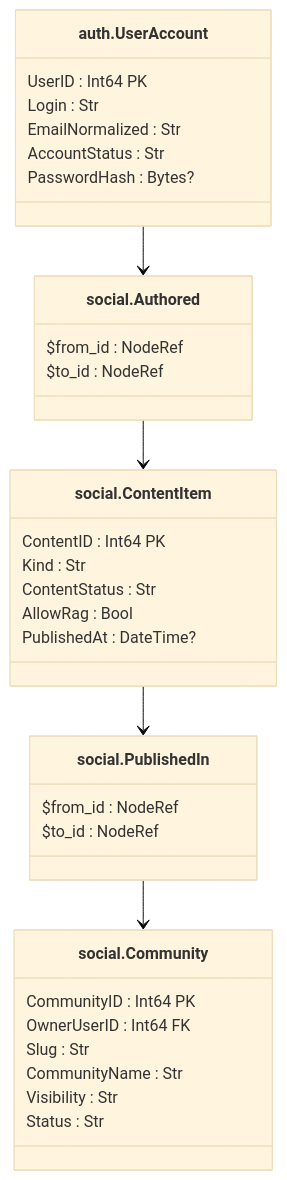
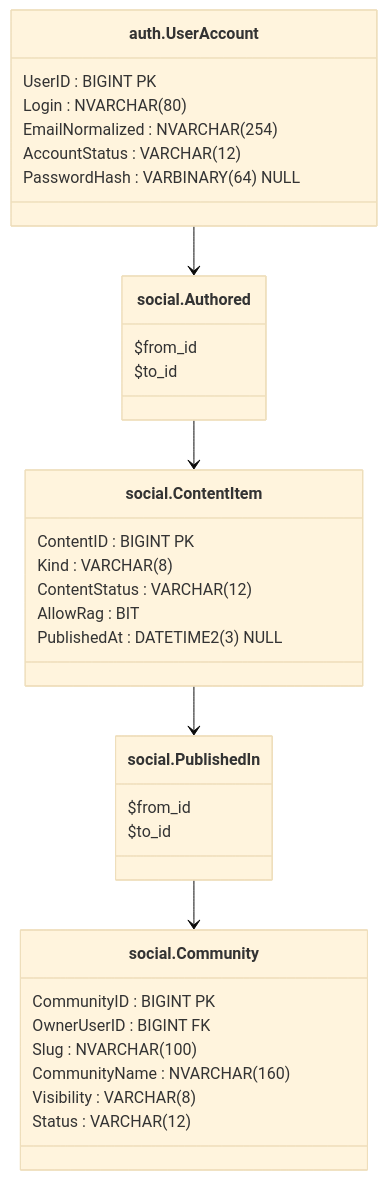
The third of 15 diagrams in 03SQL-CourseWork/architecture/database-model.md (lkeey/BIVT-labs), drawn with Mermaid (base theme) before and after one commit. The commit also changed other lines of this file, not shown here.

Commit message:
docs(coursework): use exact T-SQL types in database diagrams

```diff
--- a/03SQL-CourseWork/architecture/database-model.md
+++ b/03SQL-CourseWork/architecture/database-model.md
@@ -97,38 +97,38 @@
 ~~~mermaid
 classDiagram
     direction TB
     class U["auth.UserAccount"] {
-        UserID : Int64 PK
-        Login : Str
-        EmailNormalized : Str
-        AccountStatus : Str
-        PasswordHash : Bytes?
+        UserID : BIGINT PK
+        Login : NVARCHAR#40;80#41;
+        EmailNormalized : NVARCHAR#40;254#41;
+        AccountStatus : VARCHAR#40;12#41;
+        PasswordHash : VARBINARY#40;64#41; NULL
     }
     class A["social.Authored"] {
-        $from_id : NodeRef
-        $to_id : NodeRef
+        $from_id
+        $to_id
     }
     class I["social.ContentItem"] {
-        ContentID : Int64 PK
-        Kind : Str
-        ContentStatus : Str
-        AllowRag : Bool
-        PublishedAt : DateTime?
+        ContentID : BIGINT PK
+        Kind : VARCHAR#40;8#41;
+        ContentStatus : VARCHAR#40;12#41;
+        AllowRag : BIT
+        PublishedAt : DATETIME2#40;3#41; NULL
     }
     class P["social.PublishedIn"] {
-        $from_id : NodeRef
-        $to_id : NodeRef
+        $from_id
+        $to_id
     }
     class C["social.Community"] {
-        CommunityID : Int64 PK
-        OwnerUserID : Int64 FK
-        Slug : Str
-        CommunityName : Str
-        Visibility : Str
-        Status : Str
+        CommunityID : BIGINT PK
+        OwnerUserID : BIGINT FK
+        Slug : NVARCHAR#40;100#41;
+        CommunityName : NVARCHAR#40;160#41;
+        Visibility : VARCHAR#40;8#41;
+        Status : VARCHAR#40;12#41;
     }
     U --> A
     A --> I
     I --> P
     P --> C
 ~~~
```
